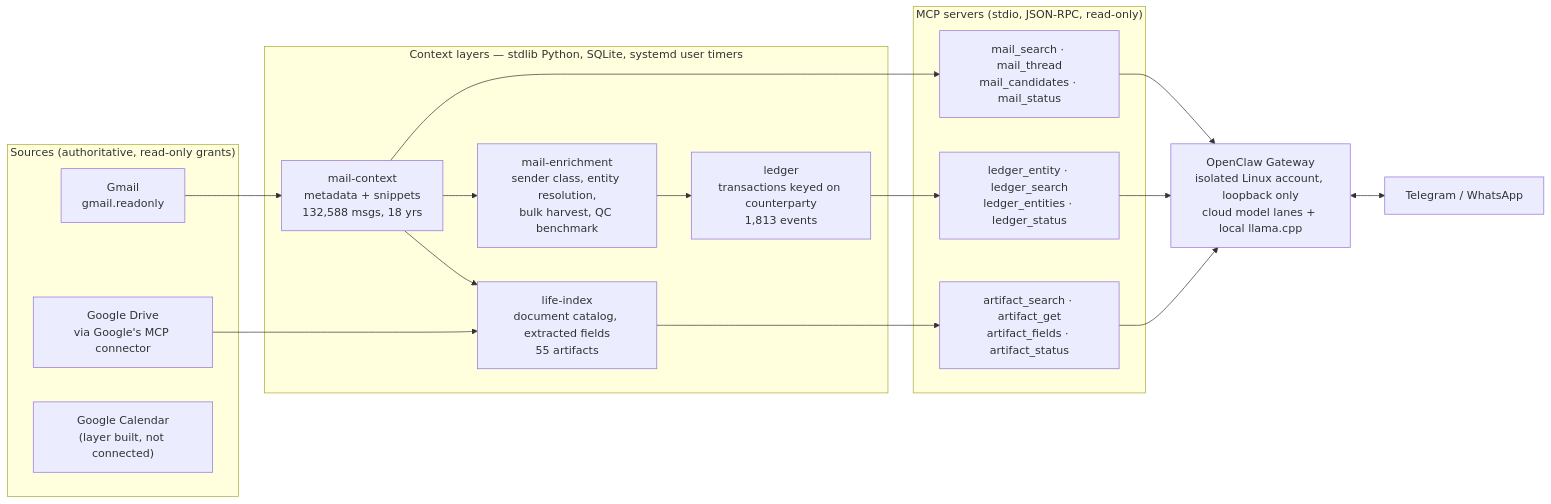
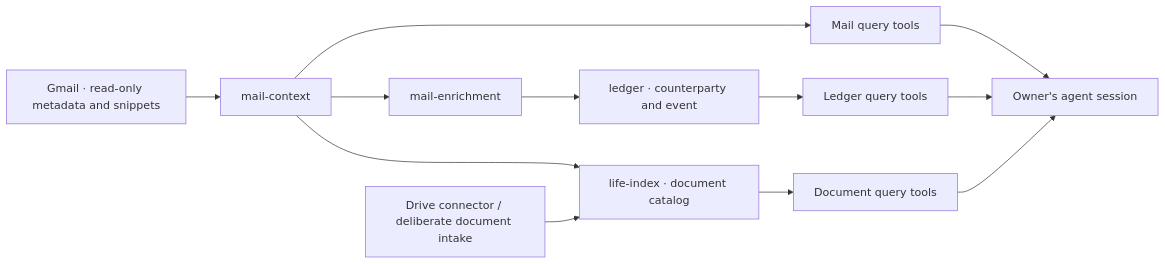
One commit to caiotormin-rgb/ShadowOS changed the second of 2 diagrams in docs/ARCHITECTURE.md. Above: the diagram before and after it, drawn with Mermaid. The commit also changed other lines of this file and 8 other files, not shown here.

````diff
--- a/docs/ARCHITECTURE.md
+++ b/docs/ARCHITECTURE.md
@@ -7,32 +74,11 @@
 ```mermaid
 flowchart LR
-    subgraph sources["Sources (authoritative, read-only grants)"]
-        gmail["Gmail<br/>gmail.readonly"]
-        drive["Google Drive<br/>via Google's MCP connector"]
-        gcal["Google Calendar<br/>(layer built, not connected)"]
-    end
-
-    subgraph layers["Context layers — stdlib Python, SQLite, systemd user timers"]
-        mail["mail-context<br/>metadata + snippets<br/>132,588 msgs, 18 yrs"]
-        enrich["mail-enrichment<br/>sender class, entity resolution,<br/>bulk harvest, QC benchmark"]
-        ledger["ledger<br/>transactions keyed on counterparty<br/>1,813 events"]
-        life["life-index<br/>document catalog, extracted fields<br/>55 artifacts"]
-    end
-
-    subgraph mcp["MCP servers (stdio, JSON-RPC, read-only)"]
-        m1["mail_search · mail_thread<br/>mail_candidates · mail_status"]
-        m2["ledger_entity · ledger_search<br/>ledger_entities · ledger_status"]
-        m3["artifact_search · artifact_get<br/>artifact_fields · artifact_status"]
-    end
-
-    gw["OpenClaw Gateway<br/>isolated Linux account, loopback only<br/>cloud model lanes + local llama.cpp"]
-    chat["Telegram / WhatsApp"]
-
-    gmail --> mail --> enrich --> ledger
-    mail --> life
-    drive --> life
-    mail --> m1
-    ledger --> m2
-    life --> m3
-    m1 & m2 & m3 --> gw <--> chat
+    gmail["Gmail · read-only metadata and snippets"] --> mail["mail-context"]
+    mail --> enrich["mail-enrichment"] --> ledger["ledger · counterparty and event"]
+    mail --> life["life-index · document catalog"]
+    drive["Drive connector / deliberate document intake"] --> life
+    mail --> mailtools["Mail query tools"]
+    ledger --> ledgertools["Ledger query tools"]
+    life --> doctools["Document query tools"]
+    mailtools & ledgertools & doctools --> owner["Owner's agent session"]
 ```
````
